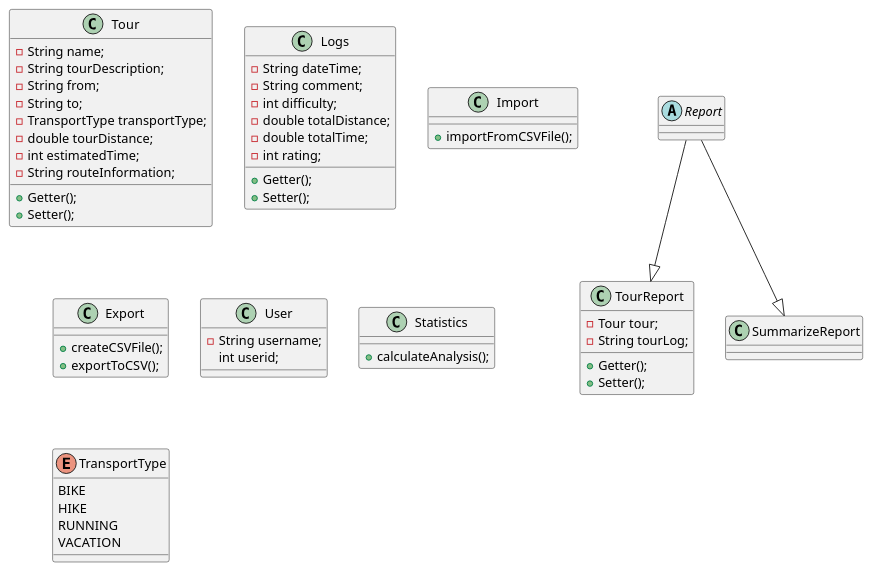
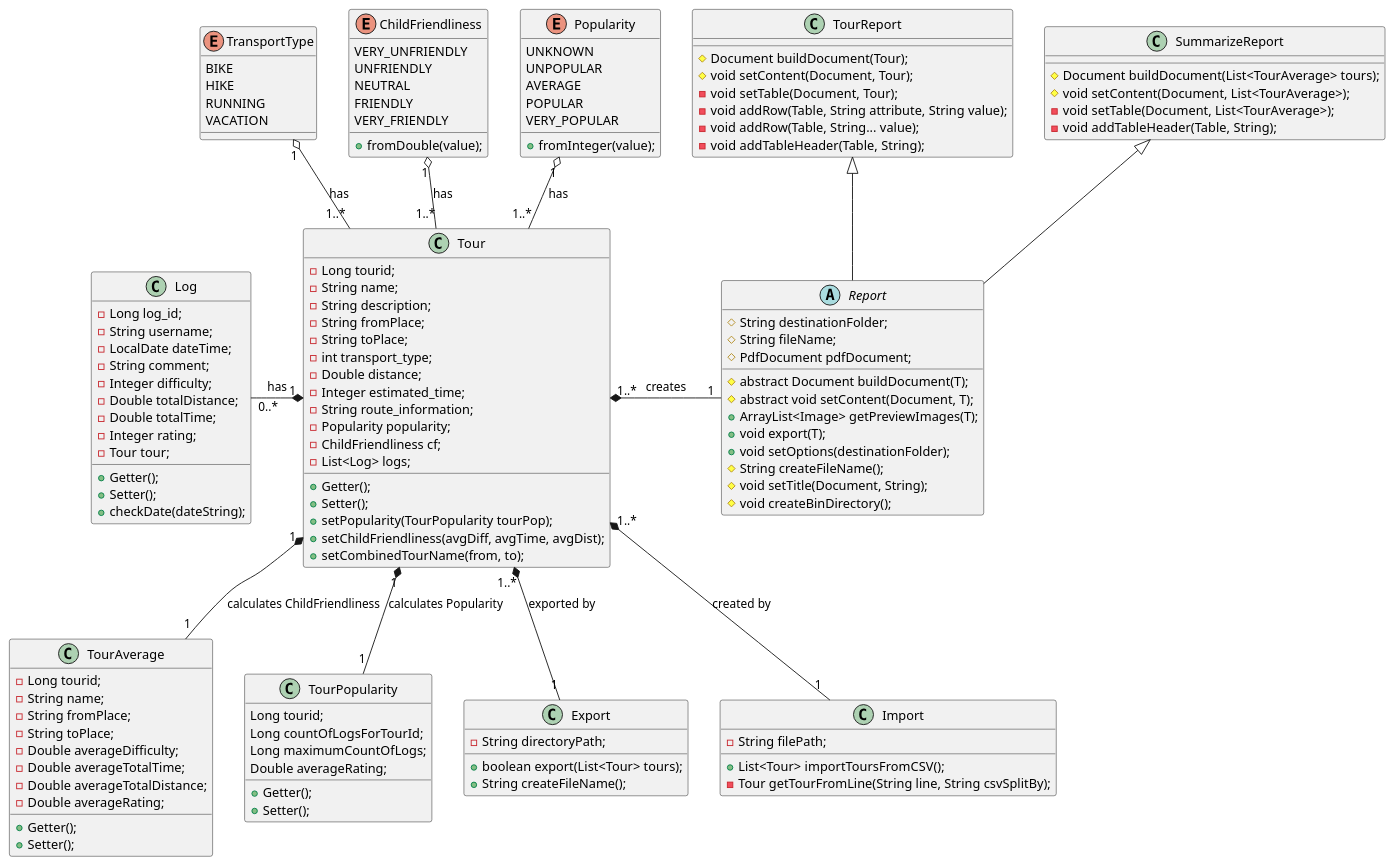
Before and after one commit to VladanPetkovic/tourPlanner: the diagram in docs/project.puml, drawn with PlantUML. The commit also changed 4 other files, not shown here.

```diff
--- a/docs/project.puml
+++ b/docs/project.puml
@@ -1,71 +1,140 @@
 @startuml
 'https://plantuml.com/class-diagram
 
 class Tour {
+    -Long tourid;
     -String name;
-    -String tourDescription;
-    -String from;
-    -String to;
-    -TransportType transportType;
-    -double tourDistance;
-    -int estimatedTime;
-    -String routeInformation;
+    -String description;
+    -String fromPlace;
+    -String toPlace;
+    -int transport_type;
+    -Double distance;
+    -Integer estimated_time;
+    -String route_information;
+    -Popularity popularity;
+    -ChildFriendliness cf;
+    -List<Log> logs;
+    +Getter();
+    +Setter();
+    +setPopularity(TourPopularity tourPop);
+    +setChildFriendliness(avgDiff, avgTime, avgDist);
+    +setCombinedTourName(from, to);
+}
+
+class TourAverage {
+    -Long tourid;
+    -String name;
+    -String fromPlace;
+    -String toPlace;
+    -Double averageDifficulty;
+    -Double averageTotalTime;
+    -Double averageTotalDistance;
+    -Double averageRating;
     +Getter();
     +Setter();
 }
 
-class Logs {
-    -String dateTime;
-    -String comment;
-    -int difficulty;
-    -double totalDistance;
-    -double totalTime;
-    -int rating;
+class TourPopularity {
+    Long tourid;
+    Long countOfLogsForTourId;
+    Long maximumCountOfLogs;
+    Double averageRating;
     +Getter();
     +Setter();
 }
 
-class Import {
-    +importFromCSVFile();
+class Log {
+    -Long log_id;
+    -String username;
+    -LocalDate dateTime;
+    -String comment;
+    -Integer difficulty;
+    -Double totalDistance;
+    -Double totalTime;
+    -Integer rating;
+    -Tour tour;
+    +Getter();
+    +Setter();
+    +checkDate(dateString);
 }
 
 class Export {
-    +createCSVFile();
-    +exportToCSV();
+    -String directoryPath;
+    +boolean export(List<Tour> tours);
+    +String createFileName();
 }
 
-class User {
-    -String username;
-    int userid;
+class Import {
+    -String filePath;
+    +List<Tour> importToursFromCSV();
+    -Tour getTourFromLine(String line, String csvSplitBy);
 }
 
 abstract class Report {
-
+    #String destinationFolder;
+    #String fileName;
+    #PdfDocument pdfDocument;
+    #abstract Document buildDocument(T);
+    #abstract void setContent(Document, T);
+    +ArrayList<Image> getPreviewImages(T);
+    +void export(T);
+    +void setOptions(destinationFolder);
+    #String createFileName();
+    #void setTitle(Document, String);
+    #void createBinDirectory();
 }
 
 class TourReport {
-    -Tour tour;
-    -String tourLog;
-    +Getter();
-    +Setter();
+    #Document buildDocument(Tour);
+    #void setContent(Document, Tour);
+    -void setTable(Document, Tour);
+    -void addRow(Table, String attribute, String value);
+    -void addRow(Table, String... value);
+    -void addTableHeader(Table, String);
 }
 
 class SummarizeReport {
-
-}
-
-class Statistics {
-    +calculateAnalysis();
+    #Document buildDocument(List<TourAverage> tours);
+    #void setContent(Document, List<TourAverage>);
+    -void setTable(Document, List<TourAverage>);
+    -void addTableHeader(Table, String);
 }
 
 enum TransportType {
     BIKE
     HIKE
     RUNNING
     VACATION
 }
 
-Report --|> SummarizeReport
-Report --|> TourReport
+enum ChildFriendliness {
+    VERY_UNFRIENDLY
+    UNFRIENDLY
+    NEUTRAL
+    FRIENDLY
+    VERY_FRIENDLY
+    +fromDouble(value);
+}
+
+enum Popularity {
+    UNKNOWN
+    UNPOPULAR
+    AVERAGE
+    POPULAR
+    VERY_POPULAR
+    +fromInteger(value);
+}
+
+Report -up-|> SummarizeReport
+Report -up-|> TourReport
+TransportType "1" o-- "1..*" Tour : "has"
+ChildFriendliness "1" o-- "1..*" Tour : "has"
+Popularity "1" o-- "1..*" Tour : "has"
+Tour "1..*" *-- "1" Import : "created by"
+Tour "1..*" *-- "1" Export : "exported by"
+Tour "1..*" *-right- "1" Report : "creates"
+Tour "1" *-- "1" TourPopularity : "calculates Popularity"
+Tour "1" *-- "1" TourAverage : "calculates ChildFriendliness"
+Tour "1" *-left- "0..*" Log : "has"
 
 @enduml
```
